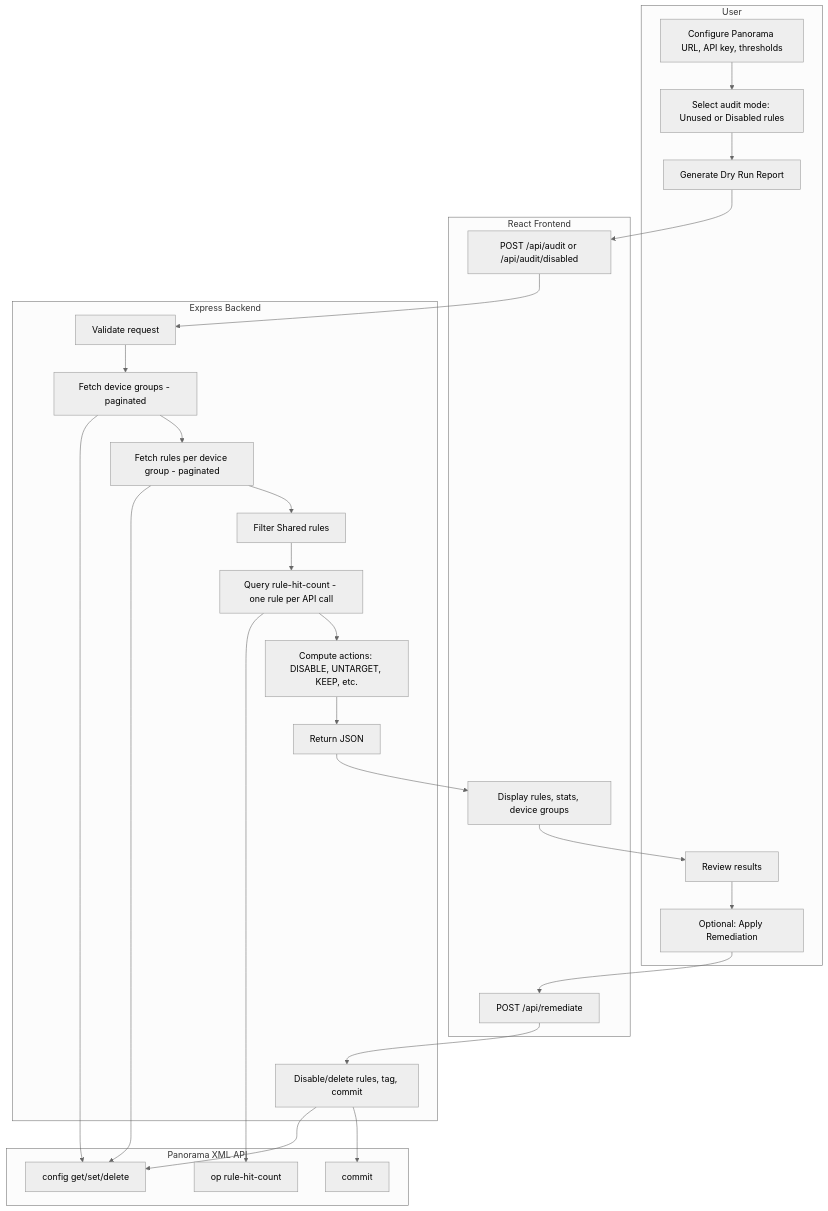
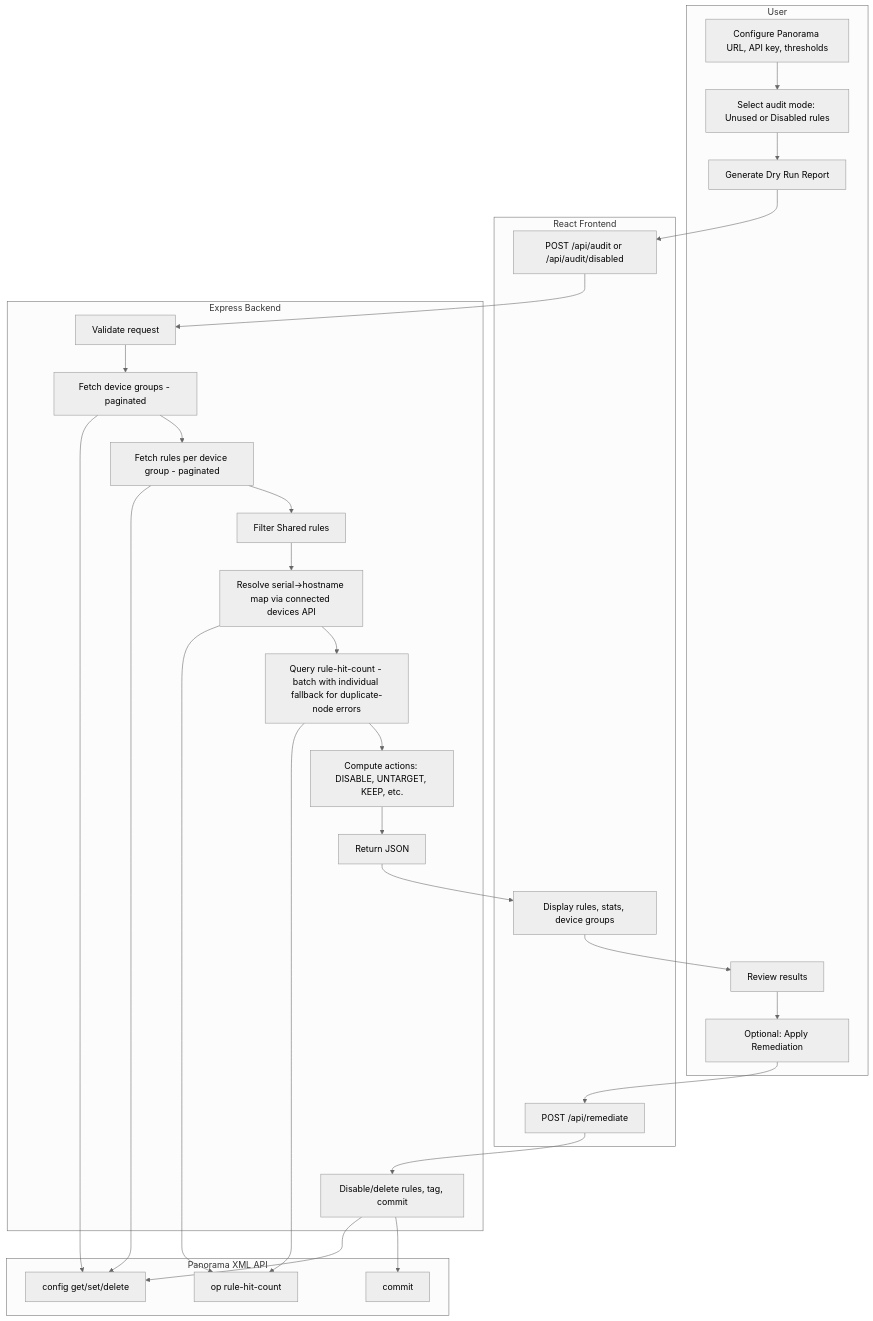
The diagram in README.md (gsk-panda/PaloRuleAuditorv2), drawn with Mermaid (neutral theme) before and after one commit. The commit also changed other lines of this file and 1 other file, not shown here.

````diff
--- a/README.md
+++ b/README.md
@@ -337,42 +337,44 @@
 ```mermaid
 flowchart TB
   subgraph User["User"]
     A[Configure Panorama URL, API key, thresholds]
     B[Select audit mode: Unused or Disabled rules]
     C[Generate Dry Run Report]
     D[Review results]
     E[Optional: Apply Remediation]
   end
 
   subgraph Frontend["React Frontend"]
     F[POST /api/audit or /api/audit/disabled]
     G[Display rules, stats, device groups]
     H[POST /api/remediate]
   end
 
   subgraph Backend["Express Backend"]
     I[Validate request]
     J[Fetch device groups - paginated]
     K[Fetch rules per device group - paginated]
     L[Filter Shared rules]
-    M[Query rule-hit-count - one rule per API call]
+    M[Resolve serial→hostname map via connected devices API]
+    M2[Query rule-hit-count - batch with individual fallback for duplicate-node errors]
     N[Compute actions: DISABLE, UNTARGET, KEEP, etc.]
     O[Return JSON]
     P[Disable/delete rules, tag, commit]
   end
 
   subgraph Panorama["Panorama XML API"]
     Q[config get/set/delete]
     R[op rule-hit-count]
     S[commit]
   end
 
   A --> B --> C --> F
   F --> I --> J --> Q
   J --> K --> Q
   K --> L --> M --> R
-  M --> N --> O --> G --> D
+  M --> M2 --> R
+  M2 --> N --> O --> G --> D
   D --> E --> H --> P
   P --> Q
   P --> S
 ```
````
